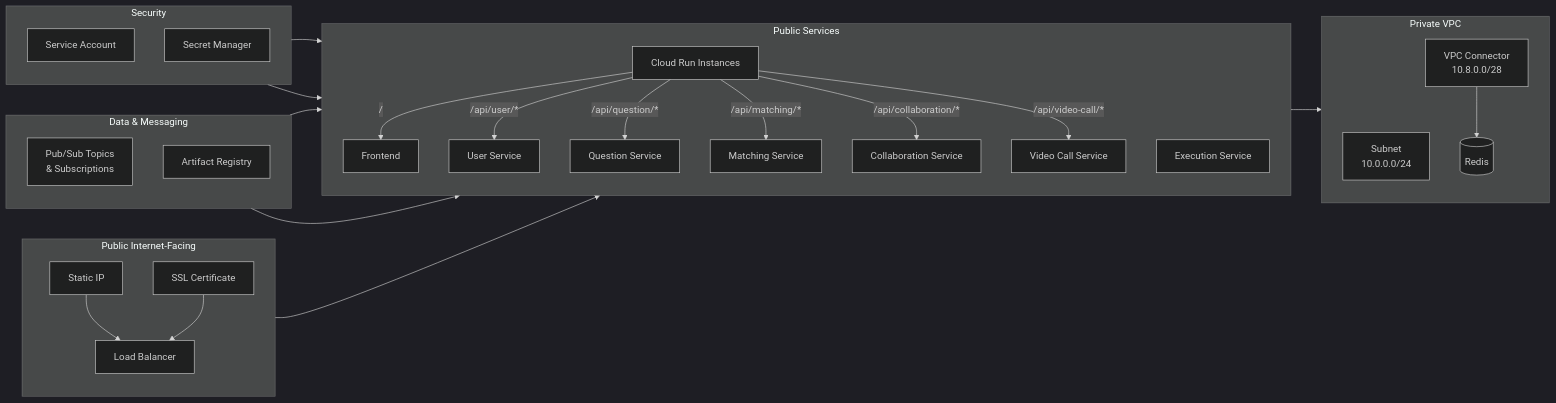
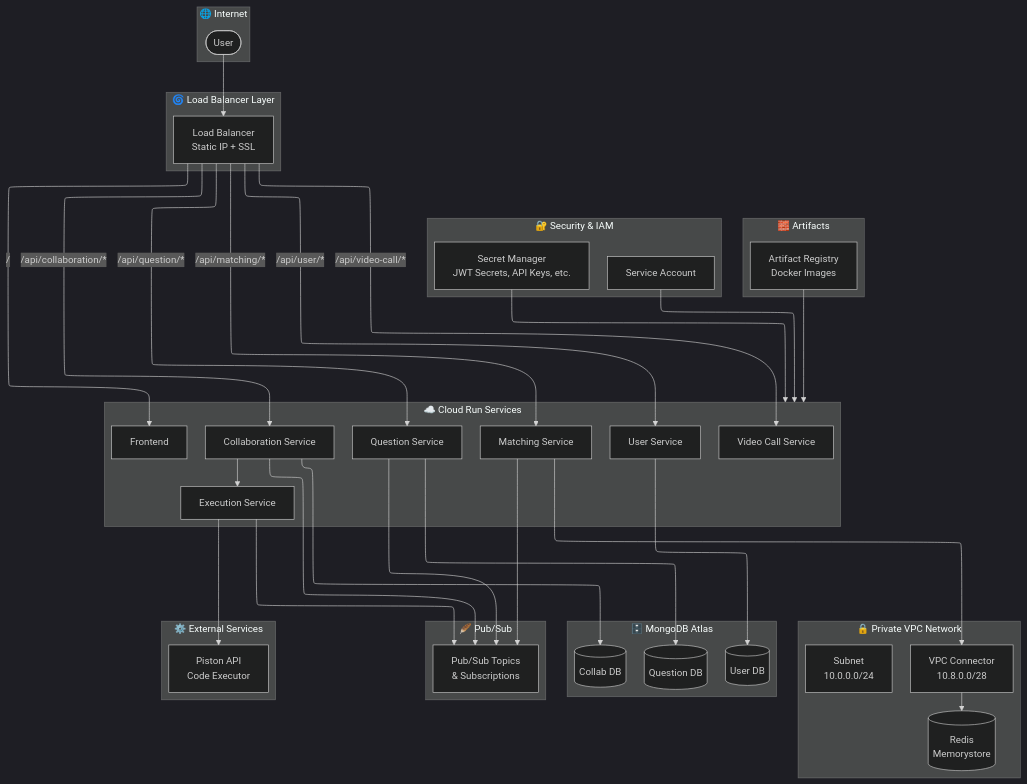
Before and after one commit to CS3219-AY2526Sem1/cs3219-ay2526s1-project-g13: the first of 3 diagrams in terraform/README.md, drawn with Mermaid (dark theme). The commit also changed other lines of this file, not shown here.

Commit message:
doc(deploy): update gcp infrastructure diagram

````diff
--- a/terraform/README.md
+++ b/terraform/README.md
@@ -47,59 +7,73 @@
 ```mermaid
-graph LR
-    subgraph "Public Internet-Facing"
-        direction TB
-        IP[Static IP];
-        SSL[SSL Certificate];
-        LB[Load Balancer];
-        IP --> LB;
-        SSL --> LB;
-    end
+---
+config:
+  layout: elk
+---
+flowchart TB
+ subgraph InternetZone["🌐 Internet"]
+        Internet(["User"])
+  end
 
-    subgraph "Private VPC"
-        direction TB
-        Subnet["Subnet<br/>10.0.0.0/24<br/>"];
-        Connector["VPC Connector<br/>10.8.0.0/28<br/>"];
-        Redis[(Redis)];
-    end
+ subgraph LbZone["🌀 Load Balancer Layer"]
+        LB["Load Balancer<br>Static IP + SSL"]
+  end
 
-    subgraph "Public Services"
-        direction TB
-        FE[Frontend];
-        US[User Service];
-        QS[Question Service];
-        MS[Matching Service];
-        CS[Collaboration Service];
-        ES[Execution Service];
-        VS[Video Call Service];
-        CR[Cloud Run Instances];
-        CR -- "/" --> FE;
-        CR -- "/api/user/*" --> US;
-        CR -- "/api/question/*" --> QS;
-        CR -- "/api/matching/*" --> MS;
-        CR -- "/api/collaboration/*" --> CS;
-        CR -- "/api/video-call/*" --> VS;
-    end
+ subgraph CloudRun["☁️ Cloud Run Services"]
+        FE["Frontend"]
+        US["User Service"]
+        QS["Question Service"]
+        MS["Matching Service"]
+        CS["Collaboration Service"]
+        VS["Video Call Service"]
+        ES["Execution Service"]
+  end
 
-    subgraph "Data & Messaging"
-        direction TB
-        PS[Pub/Sub Topics<br/>& Subscriptions];
-        AR[Artifact Registry];
-    end
+ subgraph VPC["🔒 Private VPC Network"]
+        Connector["VPC Connector<br>10.8.0.0/28"]
+        Redis[("Redis<br>Memorystore")]
+        Subnet["Subnet<br>10.0.0.0/24"]
+  end
 
-    subgraph "Security"
-        direction TB
-        SA[Service Account];
-        SM[Secret Manager];
-    end
+ subgraph Databases["🗄️ MongoDB Atlas"]
+        DB1[("User DB")]
+        DB2[("Question DB")]
+        DB3[("Collab DB")]
+  end
 
-    %% --- CONNECTIONS ---
-    LB --> CR;
+ subgraph Messaging["🪶 Pub/Sub"]
+        PS["Pub/Sub Topics<br>&amp; Subscriptions"]
+  end
 
-    MS --> Connector;
-    Connector --> Redis;
+ subgraph Artifacts["🧱 Artifacts"]
+        AR["Artifact Registry<br>Docker Images"]
+  end
 
-    SA --> CR;
-    SM --> CR;
-    PS --> CR;
-    AR --> CR;
+ subgraph Security["🔐 Security & IAM"]
+        SA["Service Account"]
+        SM["Secret Manager<br>JWT Secrets, API Keys, etc."]
+  end
+
+ subgraph External["⚙️ External Services"]
+        Piston["Piston API<br>Code Executor"]
+  end
+
+    Internet --> LB
+    LB -- / --> FE
+    LB -- /api/user/* --> US
+    LB -- /api/question/* --> QS
+    LB -- /api/matching/* --> MS
+    LB -- /api/collaboration/* --> CS
+    LB -- "/api/video-call/*" --> VS
+
+    Connector --> Redis
+    MS --> Connector & PS
+    US --> DB1
+    QS --> DB2 & PS
+    CS --> DB3 & PS & ES
+    ES --> PS & Piston
+
+    SA --> CloudRun
+    SM --> CloudRun
+    AR --> CloudRun
+
 ```
````
